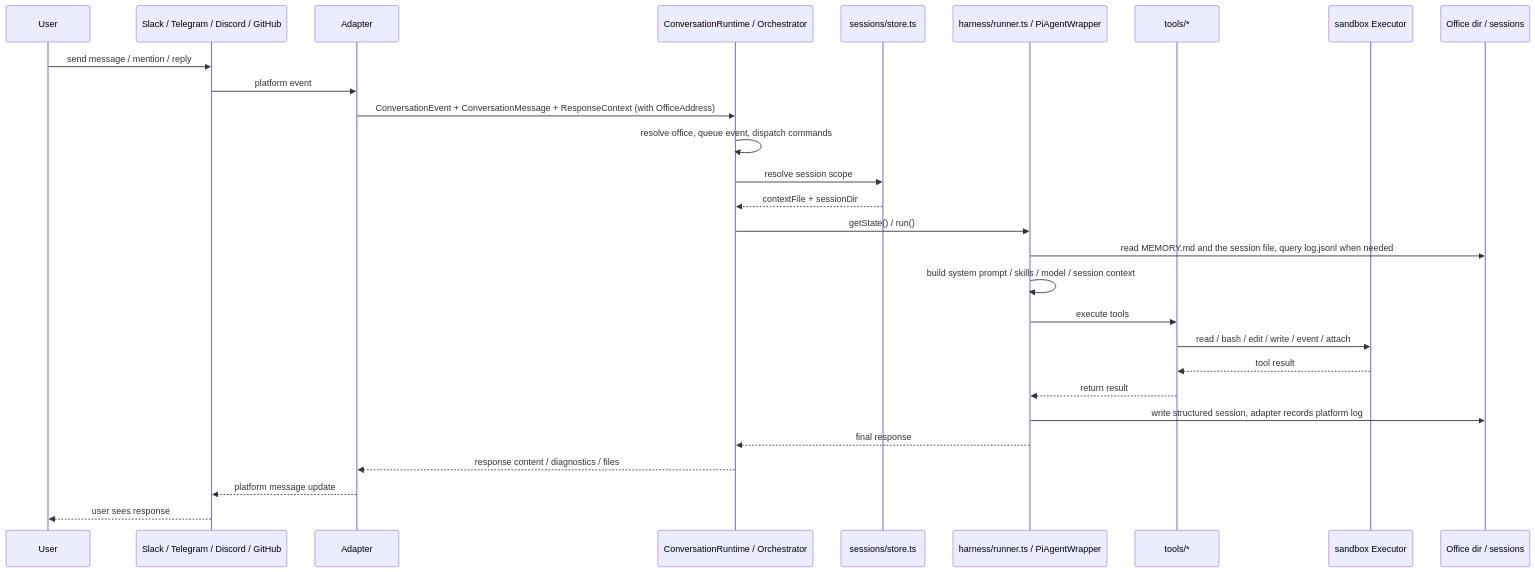
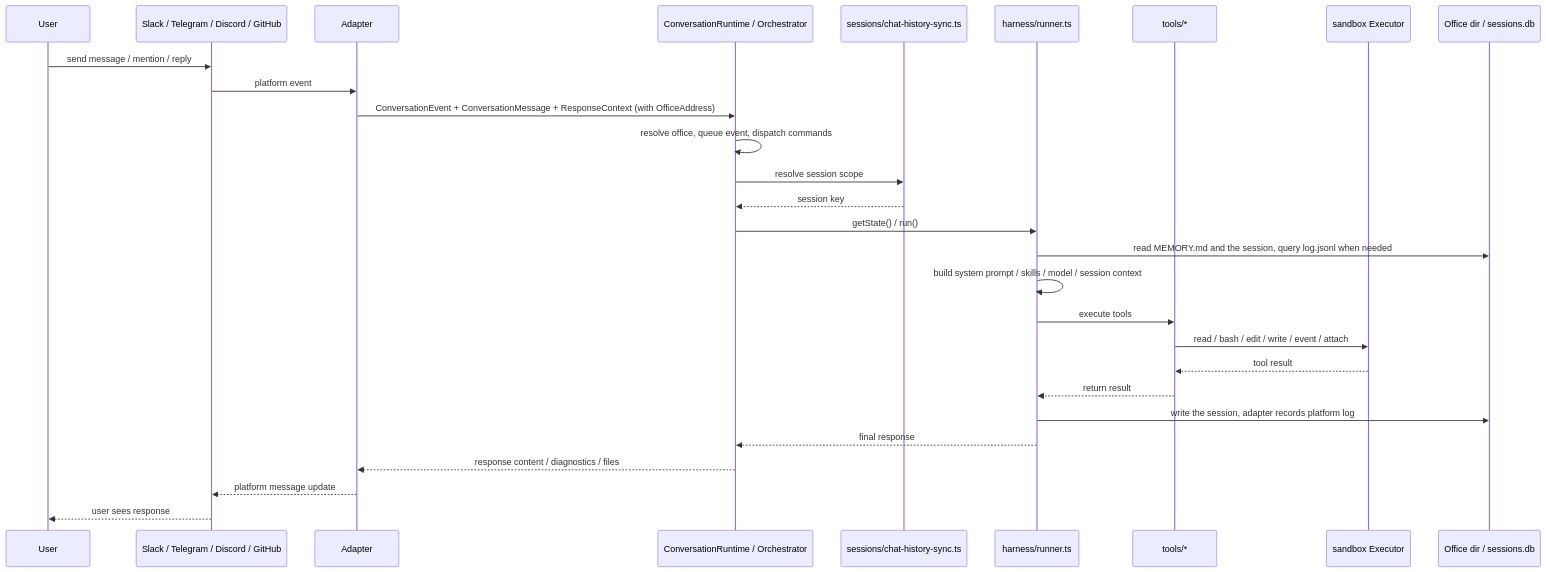
The first of 2 diagrams in src/content/docs/architecture.md (geminixiang/mikan), drawn with Mermaid before and after one commit. The commit also changed other lines of this file and 11 other files, not shown here.

First line of the commit message:
docs: bring the zh-tw interface page and every architecture page up to date

````diff
--- a/src/content/docs/architecture.md
+++ b/src/content/docs/architecture.md
@@ -122,31 +122,31 @@
 ```mermaid
 sequenceDiagram
   participant U as User
   participant P as Slack / Telegram / Discord / GitHub
   participant A as Adapter
   participant M as ConversationRuntime / Orchestrator
-  participant S as sessions/store.ts
-  participant R as harness/runner.ts / PiAgentWrapper
+  participant S as sessions/chat-history-sync.ts
+  participant R as harness/runner.ts
   participant T as tools/*
   participant X as sandbox Executor
-  participant W as Office dir / sessions
+  participant W as Office dir / sessions.db
 
   U->>P: send message / mention / reply
   P->>A: platform event
   A->>M: ConversationEvent + ConversationMessage + ResponseContext (with OfficeAddress)
   M->>M: resolve office, queue event, dispatch commands
   M->>S: resolve session scope
-  S-->>M: contextFile + sessionDir
+  S-->>M: session key
   M->>R: getState() / run()
-  R->>W: read MEMORY.md and the session file, query log.jsonl when needed
+  R->>W: read MEMORY.md and the session, query log.jsonl when needed
   R->>R: build system prompt / skills / model / session context
   R->>T: execute tools
   T->>X: read / bash / edit / write / event / attach
   X-->>T: tool result
   T-->>R: return result
-  R->>W: write structured session, adapter records platform log
+  R->>W: write the session, adapter records platform log
   R-->>M: final response
   M-->>A: response content / diagnostics / files
   A-->>P: platform message update
   P-->>U: user sees response
 ```
````
